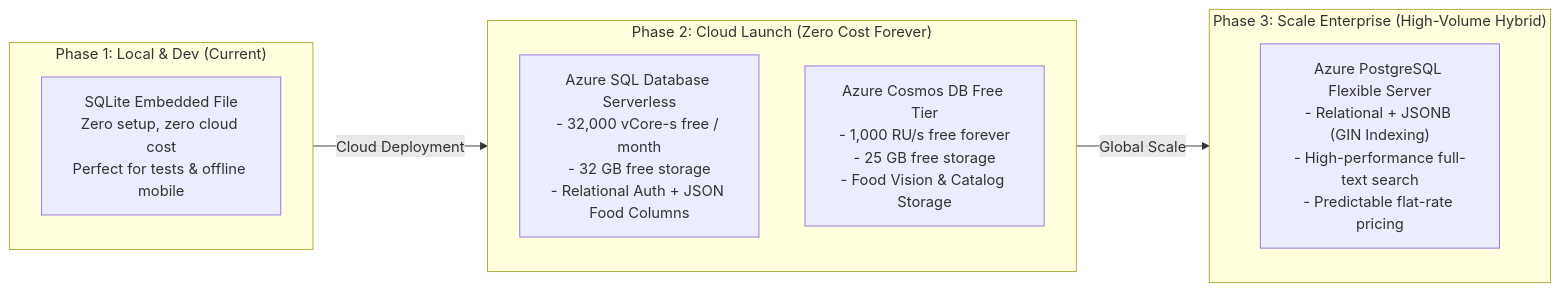
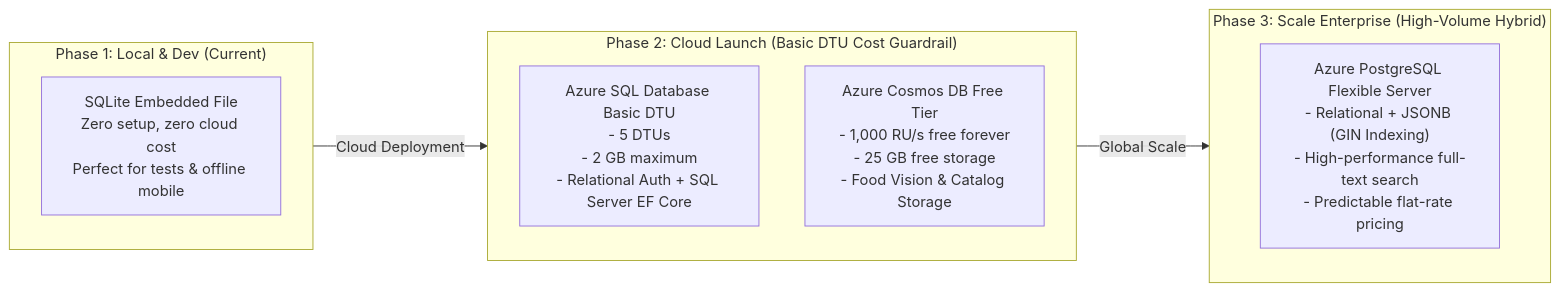
The second of 3 diagrams in .agents/skills/diet-dost-database-architecture/SKILL.md (nikunjbanker/diet-dost), drawn with Mermaid before and after one commit. The commit also changed other lines of this file and 13 other files, not shown here.

Commit message:
fix(infra): pin Azure SQL to Basic DTU tier (#148)

````diff
--- a/.agents/skills/diet-dost-database-architecture/SKILL.md
+++ b/.agents/skills/diet-dost-database-architecture/SKILL.md
@@ -276,18 +274,18 @@
 ```mermaid
 graph LR
     subgraph PHASE_1 ["Phase 1: Local & Dev (Current)"]
         SQLITE["SQLite Embedded File<br/>Zero setup, zero cloud cost<br/>Perfect for tests & offline mobile"]
     end
 
-    subgraph PHASE_2 ["Phase 2: Cloud Launch (Zero Cost Forever)"]
-        AZ_SQL["Azure SQL Database Serverless<br/>- 32,000 vCore-s free / month<br/>- 32 GB free storage<br/>- Relational Auth + JSON Food Columns"]
+    subgraph PHASE_2 ["Phase 2: Cloud Launch (Basic DTU Cost Guardrail)"]
+        AZ_SQL["Azure SQL Database Basic DTU<br/>- 5 DTUs<br/>- 2 GB maximum<br/>- Relational Auth + SQL Server EF Core"]
         COSMOS["Azure Cosmos DB Free Tier<br/>- 1,000 RU/s free forever<br/>- 25 GB free storage<br/>- Food Vision & Catalog Storage"]
     end
 
     subgraph PHASE_3 ["Phase 3: Scale Enterprise (High-Volume Hybrid)"]
         POSTGRES["Azure PostgreSQL Flexible Server<br/>- Relational + JSONB (GIN Indexing)<br/>- High-performance full-text search<br/>- Predictable flat-rate pricing"]
     end
 
     PHASE_1 -->|Cloud Deployment| PHASE_2
     PHASE_2 -->|Global Scale| PHASE_3
 ```
````
